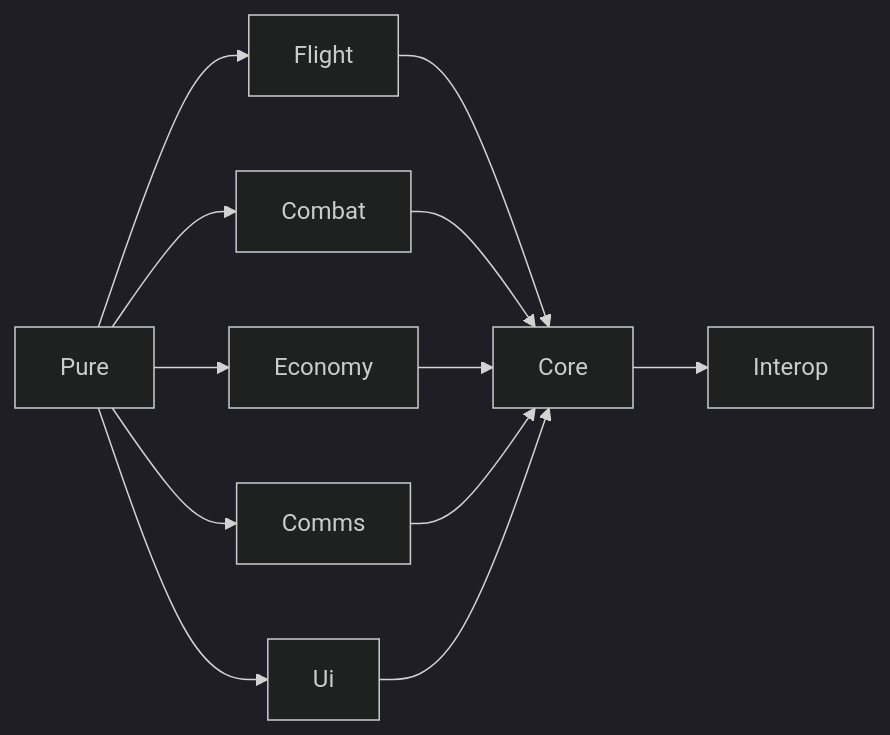
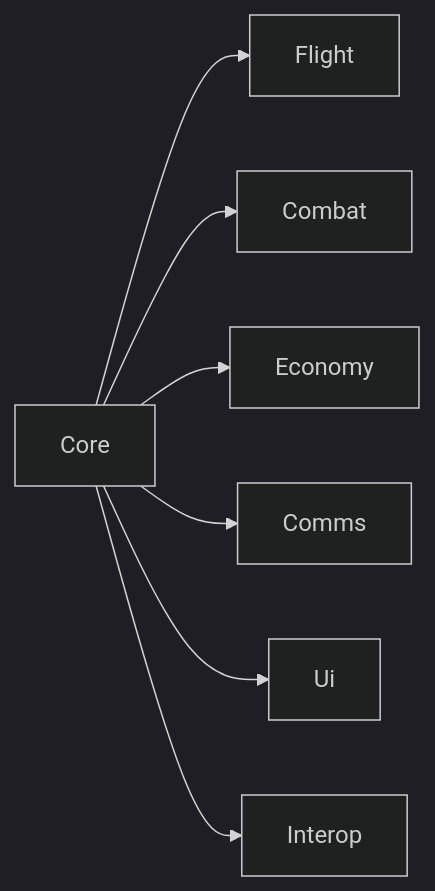
One commit to GrabowMar/NuclearOption-WingCommand changed the first of 2 diagrams in ARCHITECTURE.md. Above: the diagram before and after it, drawn with Mermaid (dark theme). The commit also changed other lines of this file and 182 other files, not shown here.

````diff
--- a/ARCHITECTURE.md
+++ b/ARCHITECTURE.md
@@ -21,14 +22,9 @@
 ```mermaid
 graph LR
-    Pure --> Flight
-    Pure --> Combat
-    Pure --> Economy
-    Pure --> Comms
-    Pure --> Ui
-    Flight --> Core
-    Combat --> Core
-    Economy --> Core
-    Comms --> Core
-    Ui --> Core
+    Core --> Flight
+    Core --> Combat
+    Core --> Economy
+    Core --> Comms
+    Core --> Ui
     Core --> Interop
 ```
````
